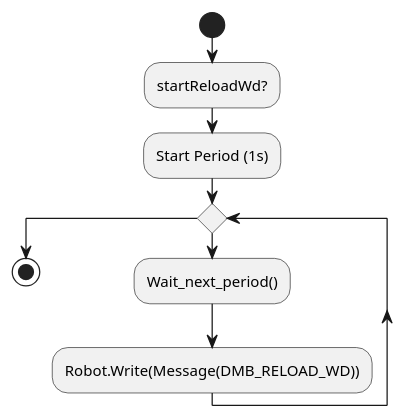
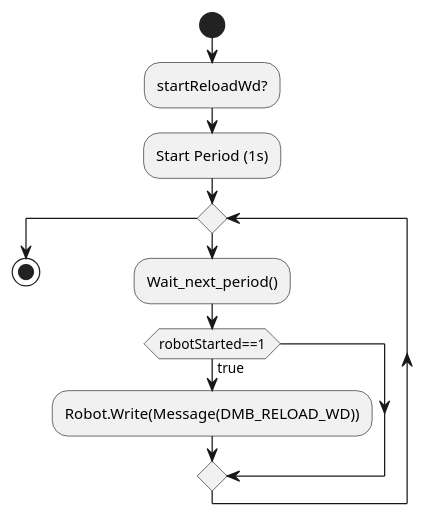
One commit to dotsumae/TP-temps-reel changed the diagram in modele/diagrammes d'activite/th_reloadWd.plantuml. Above: the diagram before and after it, drawn with PlantUML.

```diff
--- a/modele/diagrammes d'activite/th_reloadWd.plantuml
+++ b/modele/diagrammes d'activite/th_reloadWd.plantuml
@@ -1,17 +1,19 @@
 @startuml
 skinparam monochrome true
 
 start
+
 :startReloadWd?;
+
 :Start Period (1s);
 
 while ()
   :Wait_next_period();
+  if(robotStarted==1) then (true)
   :Robot.Write(Message(DMB_RELOAD_WD));
+  endif 
 endwhile
-
-
 
 
 stop
 @enduml
```
